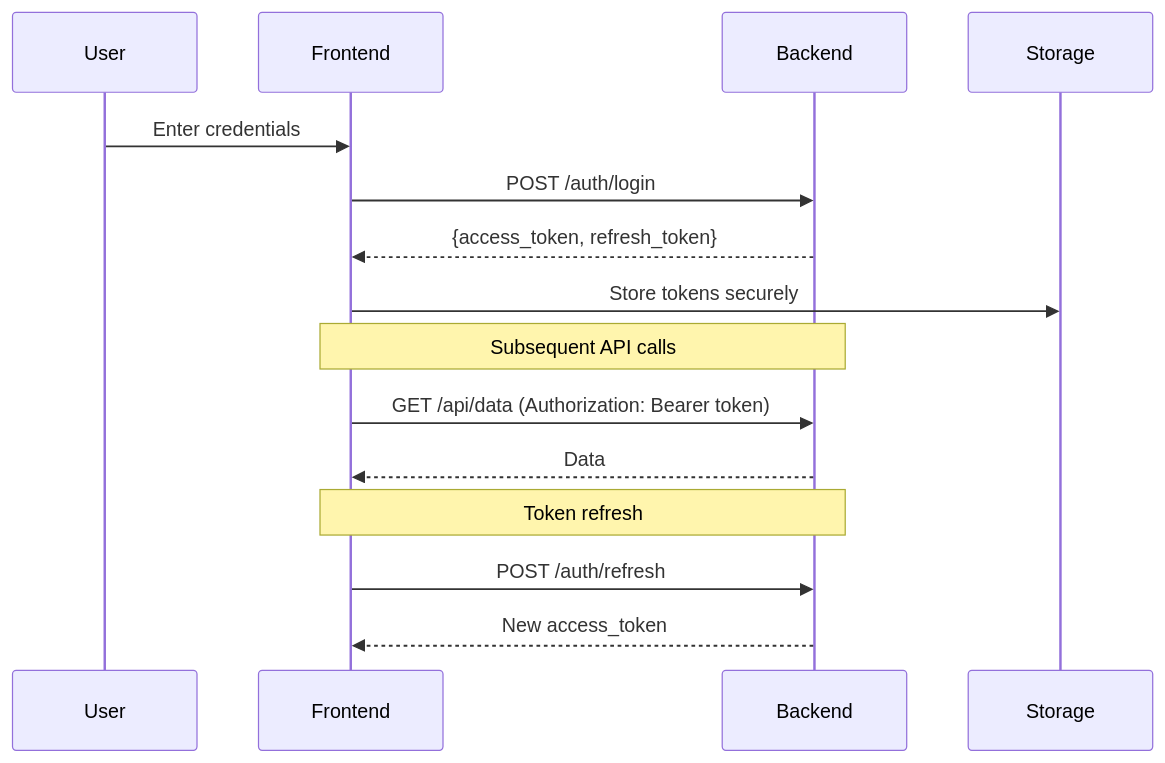
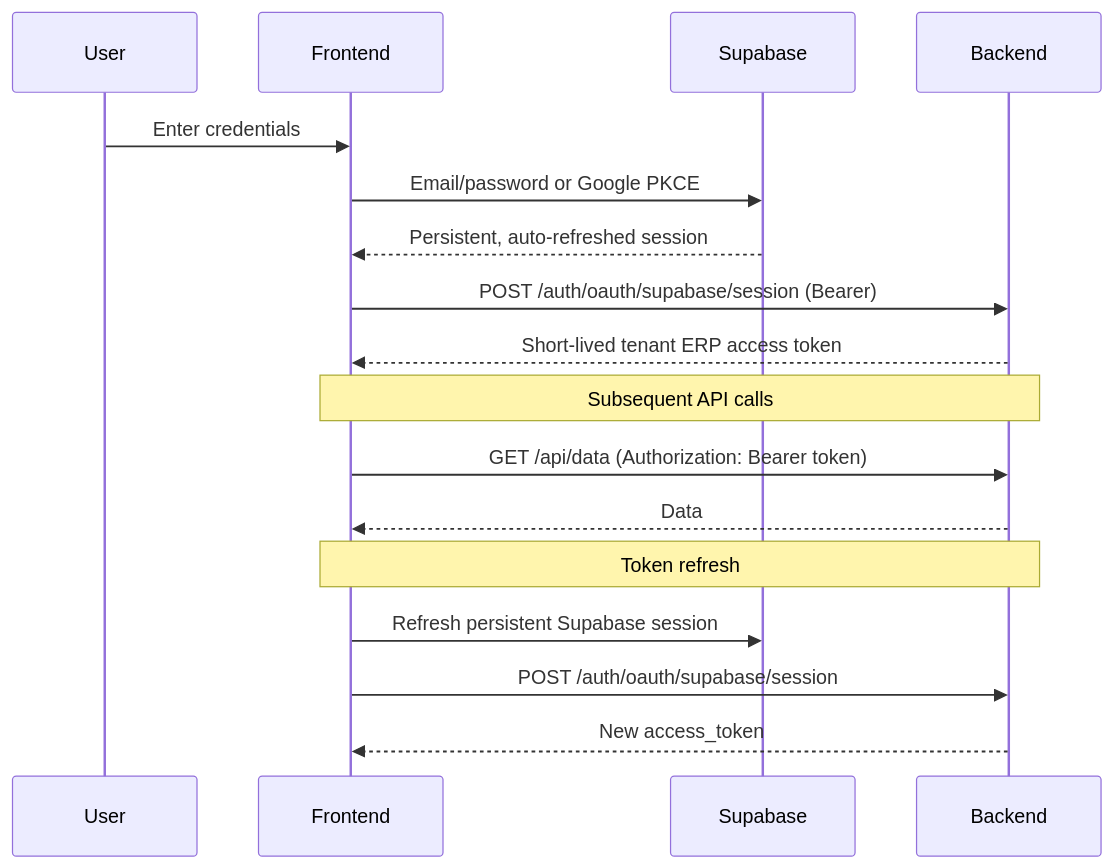
One commit to vikasgargbear/production-infra changed the diagram in frontend/docs/08-security/security-guide.md. Above: the diagram before and after it, drawn with Mermaid. The commit also changed other lines of this file and 287 other files, not shown here.

````diff
--- a/frontend/docs/08-security/security-guide.md
+++ b/frontend/docs/08-security/security-guide.md
@@ -21,20 +21,22 @@
 ```mermaid
 sequenceDiagram
     participant User
     participant Frontend
+    participant Supabase
     participant Backend
-    participant Storage
 
     User->>Frontend: Enter credentials
-    Frontend->>Backend: POST /auth/login
-    Backend-->>Frontend: {access_token, refresh_token}
-    Frontend->>Storage: Store tokens securely
+    Frontend->>Supabase: Email/password or Google PKCE
+    Supabase-->>Frontend: Persistent, auto-refreshed session
+    Frontend->>Backend: POST /auth/oauth/supabase/session (Bearer)
+    Backend-->>Frontend: Short-lived tenant ERP access token
     
     Note over Frontend,Backend: Subsequent API calls
     Frontend->>Backend: GET /api/data (Authorization: Bearer token)
     Backend-->>Frontend: Data
     
     Note over Frontend,Backend: Token refresh
-    Frontend->>Backend: POST /auth/refresh
+    Frontend->>Supabase: Refresh persistent Supabase session
+    Frontend->>Backend: POST /auth/oauth/supabase/session
     Backend-->>Frontend: New access_token
 ```
````
